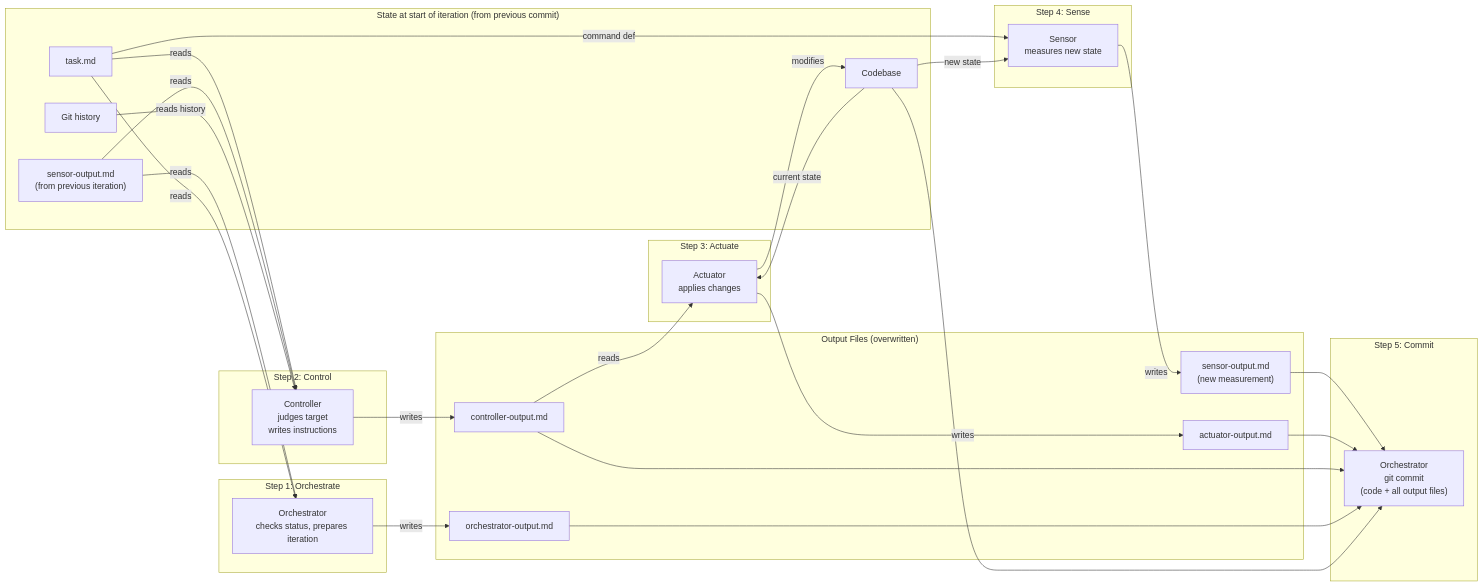
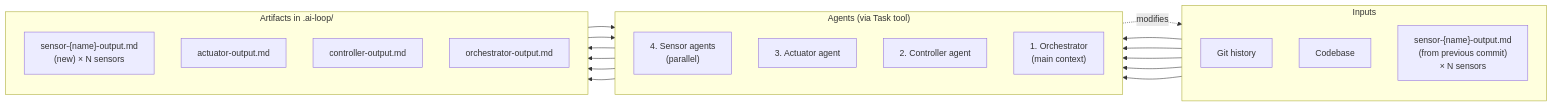
One commit to GuillaumeTaffin/ai-loops changed the second of 2 diagrams in docs/loop-detailed-design.md. Above: the diagram before and after it, drawn with Mermaid. The commit also changed other lines of this file and 9 other files, not shown here.

````diff
--- a/docs/loop-detailed-design.md
+++ b/docs/loop-detailed-design.md
@@ -381,60 +589,41 @@
 ```mermaid
 flowchart LR
-    subgraph "State at start of iteration (from previous commit)"
-        TASK["task.md"]
+    subgraph Inputs["Inputs"]
+        direction TB
         GIT["Git history"]
         CODE["Codebase"]
-        SO_PREV["sensor-output.md\n(from previous iteration)"]
+        SO_PREV["sensor-{name}-output.md\n(from previous commit)\n× N sensors"]
     end
 
-    subgraph "Step 1: Orchestrate"
-        ORCH["Orchestrator\nchecks status, prepares iteration"]
+    subgraph Agents["Agents (via Task tool)"]
+        direction TB
+        SENSORS["4. Sensor agents\n(parallel)"]
+        ACT["3. Actuator agent"]
+        CTRL["2. Controller agent"]
+        ORCH["1. Orchestrator\n(main context)"]
     end
 
-    subgraph "Step 2: Control"
-        CTRL["Controller\njudges target\nwrites instructions"]
+    subgraph Outputs["Artifacts in .ai-loop/"]
+        direction TB
+        OBS["sensor-{name}-output.md\n(new) × N sensors"]
+        AR["actuator-output.md"]
+        DEC["controller-output.md"]
+        LS["orchestrator-output.md"]
     end
 
-    subgraph "Step 3: Actuate"
-        ACT["Actuator\napplies changes"]
-    end
+    SO_PREV --> ORCH
+    ORCH --> LS
 
-    subgraph "Step 4: Sense"
-        SENSOR["Sensor\nmeasures new state"]
-    end
+    SO_PREV --> CTRL
+    LS --> CTRL
+    GIT --> CTRL
+    CTRL --> DEC
 
-    subgraph "Step 5: Commit"
-        COMMIT["Orchestrator\ngit commit\n(code + all output files)"]
-    end
+    DEC --> ACT
+    CODE --> ACT
+    ACT --> AR
+    ACT -.->|"modifies"| CODE
 
-    subgraph "Output Files (overwritten)"
-        OO["orchestrator-output.md"]
-        CO["controller-output.md"]
-        AO["actuator-output.md"]
-        SO["sensor-output.md\n(new measurement)"]
-    end
-
-    SO_PREV -->|"reads"| ORCH
-    TASK -->|"reads"| ORCH
-    ORCH -->|"writes"| OO
-
-    TASK -->|"reads"| CTRL
-    SO_PREV -->|"reads"| CTRL
-    GIT -->|"reads history"| CTRL
-    CTRL -->|"writes"| CO
-
-    CO -->|"reads"| ACT
-    CODE -->|"current state"| ACT
-    ACT -->|"modifies"| CODE
-    ACT -->|"writes"| AO
-
-    TASK -->|"command def"| SENSOR
-    CODE -->|"new state"| SENSOR
-    SENSOR -->|"writes"| SO
-
-    SO --> COMMIT
-    AO --> COMMIT
-    CO --> COMMIT
-    OO --> COMMIT
-    CODE --> COMMIT
+    CODE --> SENSORS
+    SENSORS --> OBS
 ```
````
